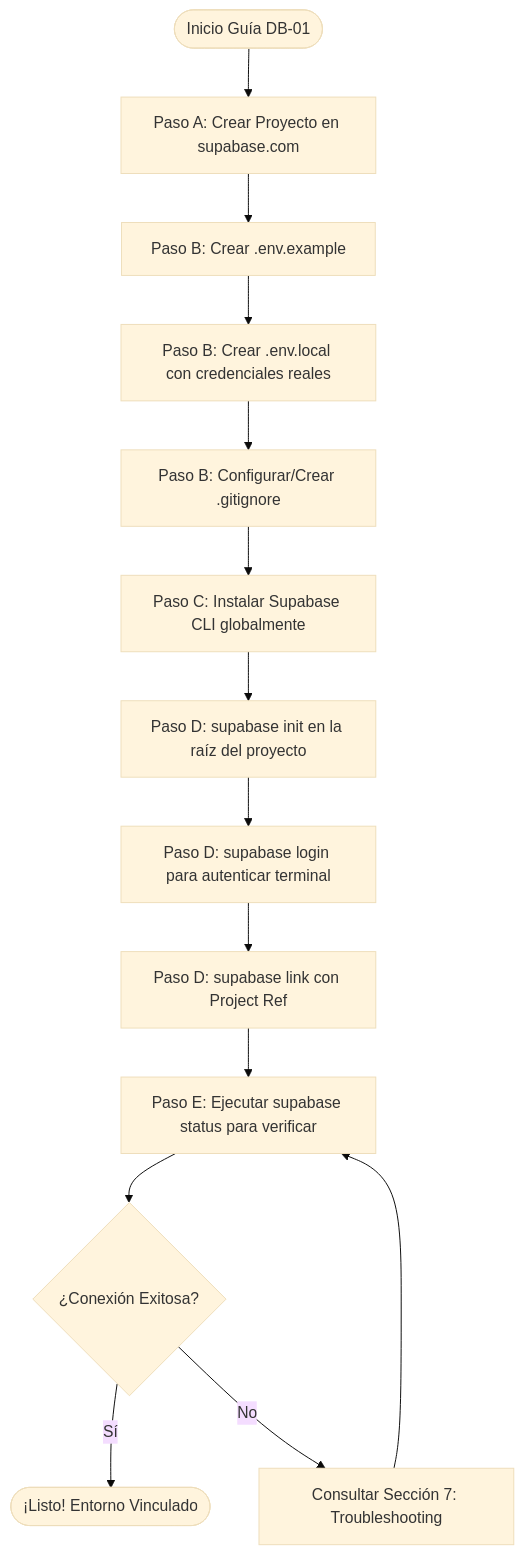
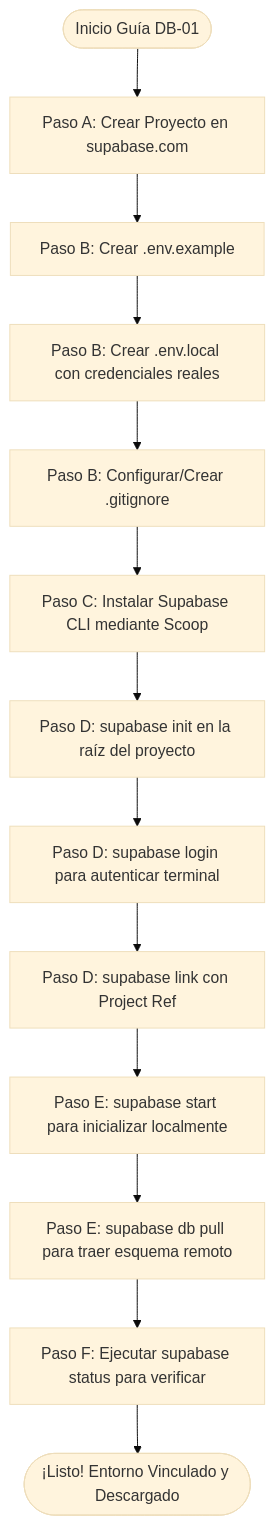
One commit to JuanSifuentesF/practica-testing changed the diagram in docs/guides/db/DB-01.md. Above: the diagram before and after it, drawn with Mermaid (base theme). The commit also changed other lines of this file and 3 other files, not shown here.

````diff
--- a/docs/guides/db/DB-01.md
+++ b/docs/guides/db/DB-01.md
@@ -118,16 +110,15 @@
 ```mermaid
 flowchart TD
     Start([Inicio Guía DB-01]) --> StepA[Paso A: Crear Proyecto en supabase.com]
     StepA --> StepB_1[Paso B: Crear .env.example]
     StepB_1 --> StepB_2[Paso B: Crear .env.local con credenciales reales]
     StepB_2 --> StepB_3[Paso B: Configurar/Crear .gitignore]
-    StepB_3 --> StepC[Paso C: Instalar Supabase CLI globalmente]
+    StepB_3 --> StepC[Paso C: Instalar Supabase CLI mediante Scoop]
     StepC --> StepD_1[Paso D: supabase init en la raíz del proyecto]
     StepD_1 --> StepD_2[Paso D: supabase login para autenticar terminal]
     StepD_2 --> StepD_3[Paso D: supabase link con Project Ref]
-    StepD_3 --> Verify[Paso E: Ejecutar supabase status para verificar]
-    Verify --> Check{¿Conexión Exitosa?}
-    Check -- Sí --> End([¡Listo! Entorno Vinculado])
-    Check -- No --> Troubleshooting[Consultar Sección 7: Troubleshooting]
-    Troubleshooting --> Verify
+    StepD_3 --> StepE_1[Paso E: supabase start para inicializar localmente]
+    StepE_1 --> StepE_2[Paso E: supabase db pull para traer esquema remoto]
+    StepE_2 --> Verify[Paso F: Ejecutar supabase status para verificar]
+    Verify --> End([¡Listo! Entorno Vinculado y Descargado])
 ```
````
